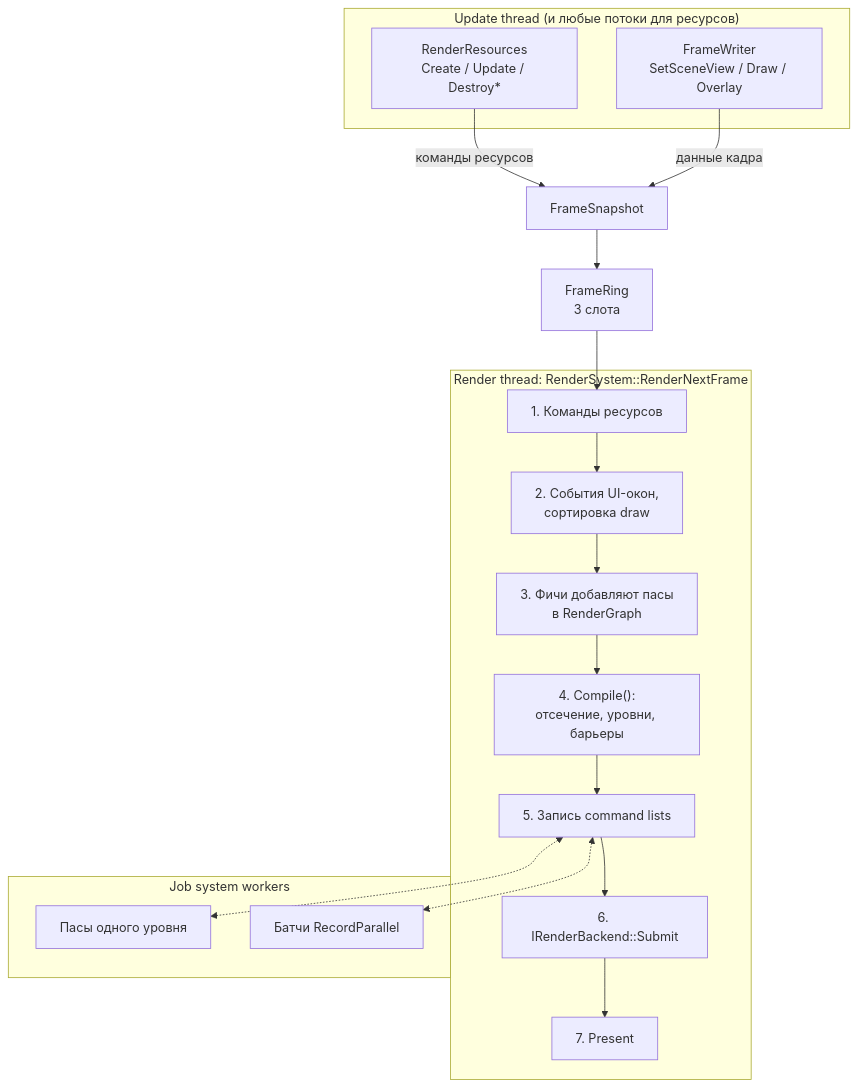
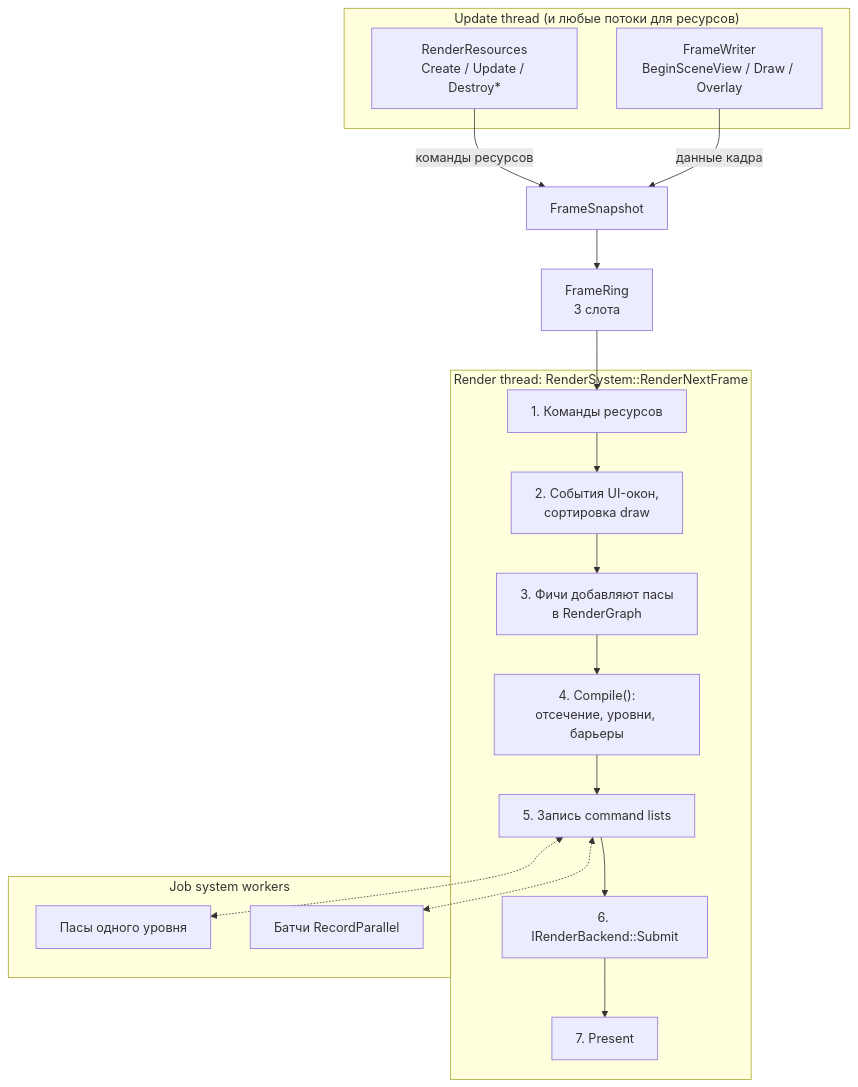
One commit to Remzi13/elm changed the diagram in docs/render/Архитектура рендера.md. Above: the diagram before and after it, drawn with Mermaid. The commit also changed 46 other files, not shown here.

````diff
--- a/docs/render/Архитектура рендера.md
+++ b/docs/render/Архитектура рендера.md
@@ -11,30 +11,30 @@
 ```mermaid
 flowchart TB
     subgraph U["Update thread (и любые потоки для ресурсов)"]
         RR["RenderResources<br/>Create / Update / Destroy*"]
-        FW["FrameWriter<br/>SetSceneView / Draw / Overlay"]
+        FW["FrameWriter<br/>BeginSceneView / Draw / Overlay"]
     end
 
     RR -- "команды ресурсов" --> FS
     FW -- "данные кадра" --> FS
     FS["FrameSnapshot"] --> FR["FrameRing<br/>3 слота"]
 
     subgraph R["Render thread: RenderSystem::RenderNextFrame"]
         S1["1. Команды ресурсов"] --> S2["2. События UI-окон,<br/>сортировка draw"]
         S2 --> S3["3. Фичи добавляют пасы<br/>в RenderGraph"]
         S3 --> S4["4. Compile():<br/>отсечение, уровни, барьеры"]
         S4 --> S5["5. Запись command lists"]
         S5 --> S6["6. IRenderBackend::Submit"]
         S6 --> S7["7. Present"]
     end
 
     FR --> S1
 
     subgraph W["Job system workers"]
         W1["Пасы одного уровня"]
         W2["Батчи RecordParallel"]
     end
 
     S5 <-.-> W1
     S5 <-.-> W2
 ```
````
